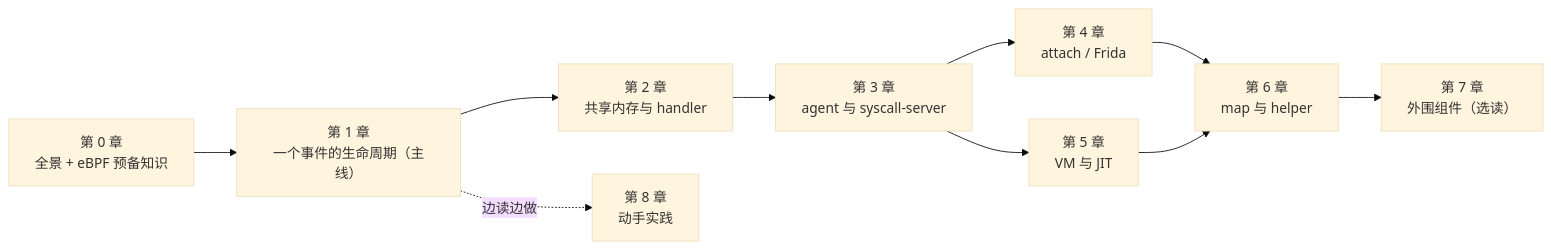
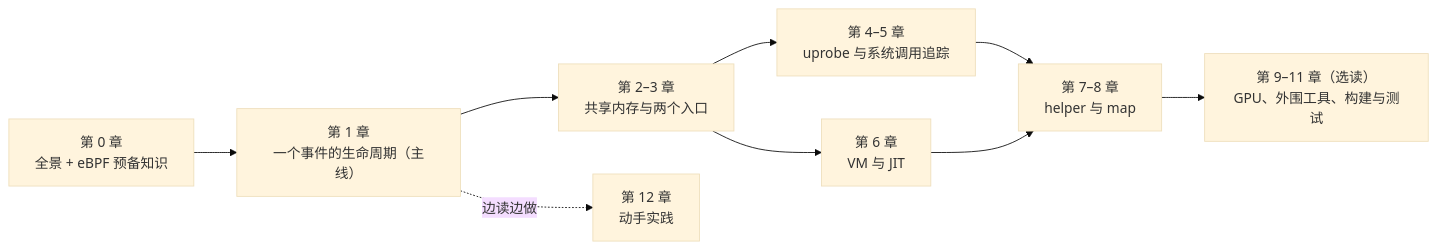
Before and after one commit to plsy1/bpftime-benchmark: the diagram in README.md, drawn with Mermaid (base theme). The commit also changed other lines of this file and 40 other files, not shown here.

````diff
--- a/README.md
+++ b/README.md
@@ -24,12 +26,11 @@
 ```mermaid
 graph LR
     C0["第 0 章<br/>全景 + eBPF 预备知识"] --> C1["第 1 章<br/>一个事件的生命周期（主线）"]
-    C1 --> C2["第 2 章<br/>共享内存与 handler"]
-    C2 --> C3["第 3 章<br/>agent 与 syscall-server"]
-    C3 --> C4["第 4 章<br/>attach / Frida"]
-    C3 --> C5["第 5 章<br/>VM 与 JIT"]
-    C4 --> C6["第 6 章<br/>map 与 helper"]
-    C5 --> C6
-    C6 --> C7["第 7 章<br/>外围组件（选读）"]
-    C1 -.边读边做.-> C8["第 8 章<br/>动手实践"]
+    C1 --> C23["第 2–3 章<br/>共享内存与两个入口"]
+    C23 --> C45["第 4–5 章<br/>uprobe 与系统调用追踪"]
+    C23 --> C6["第 6 章<br/>VM 与 JIT"]
+    C45 --> C78["第 7–8 章<br/>helper 与 map"]
+    C6 --> C78
+    C78 --> C911["第 9–11 章（选读）<br/>GPU、外围工具、构建与测试"]
+    C1 -.边读边做.-> C12["第 12 章<br/>动手实践"]
 ```
````
